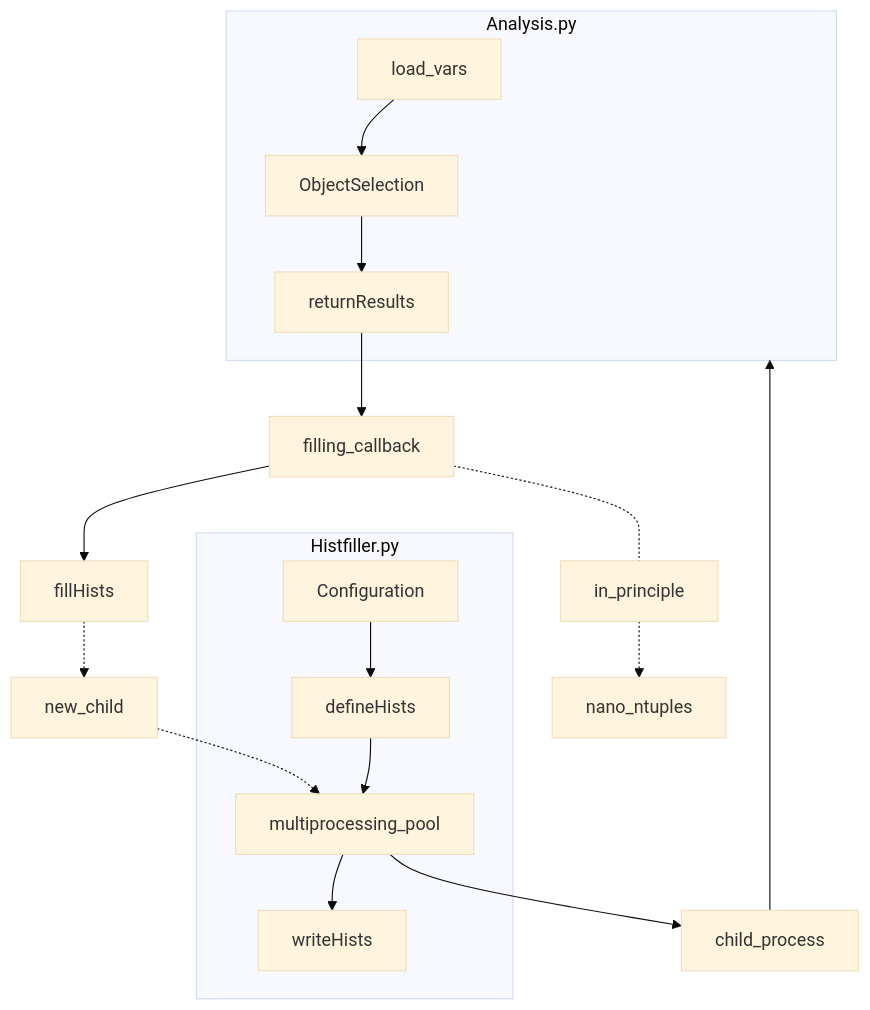
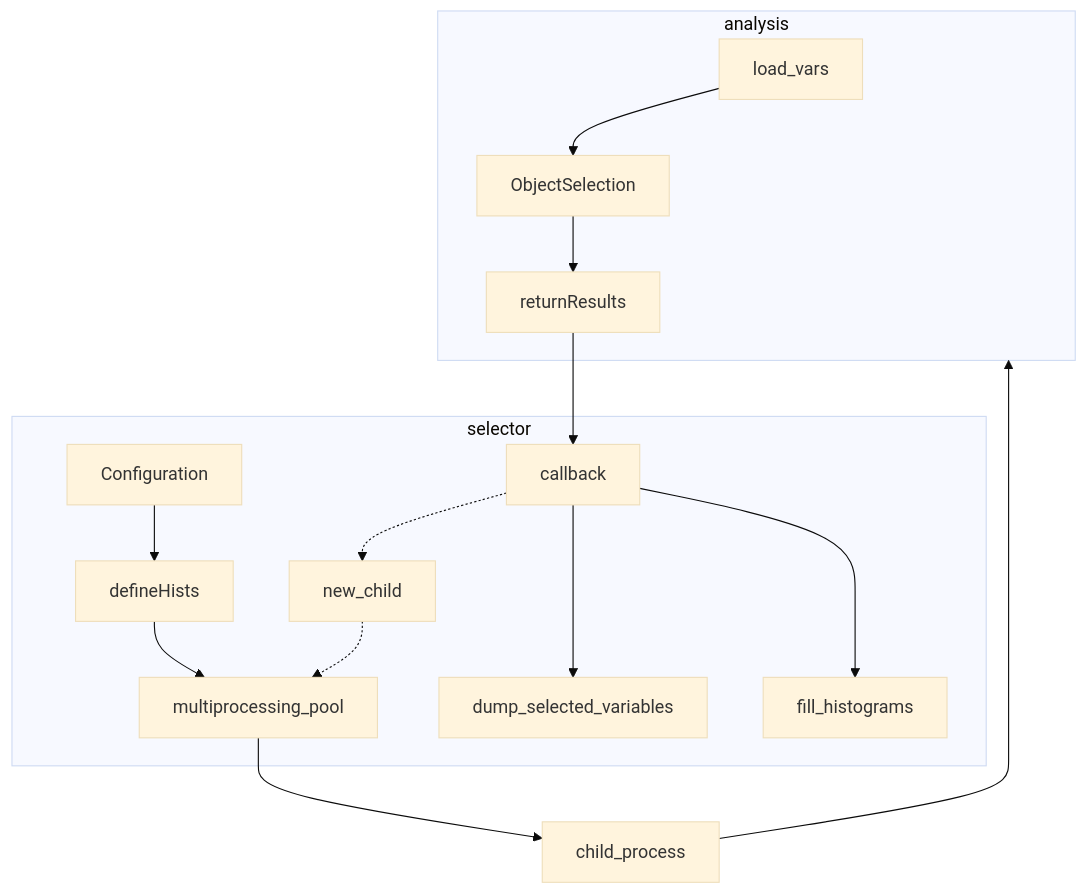
One commit to fred-renner/pyhh changed the diagram in pyhh/selector/README.md. Above: the diagram before and after it, drawn with Mermaid (base theme). The commit also changed other lines of this file and 2 other files, not shown here.

Commit message:
more docs

````diff
--- a/pyhh/selector/README.md
+++ b/pyhh/selector/README.md
@@ -2,19 +3,21 @@
 ```mermaid
 flowchart TB
 
-    subgraph Analysis.py
+    subgraph analysis
     load_vars --> ObjectSelection
     ObjectSelection --> returnResults
     end
 
-    multiprocessing_pool --> child_process--> Analysis.py
-    returnResults --> filling_callback
-    filling_callback --> fillHists -.-> new_child -.-> multiprocessing_pool
-    filling_callback -.- in_principle -.-> nano_ntuples
+    multiprocessing_pool --> child_process--> analysis
+    returnResults --> callback
 
-    subgraph Histfiller.py
+
+    subgraph selector
     Configuration --> defineHists
     defineHists --> multiprocessing_pool
-    multiprocessing_pool --> writeHists
+    callback ---> dump_selected_variables
+    callback ---> fill_histograms
+    callback -.-> new_child -.-> multiprocessing_pool
+
     end
 ```
````
